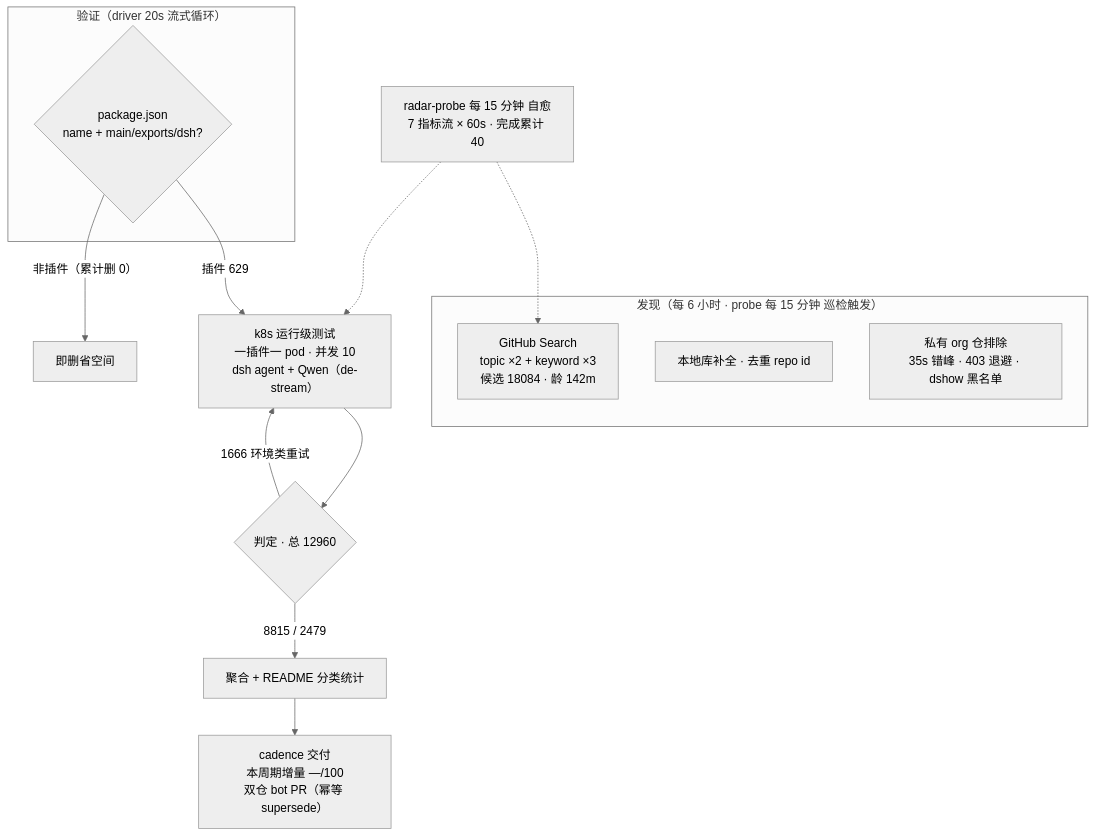
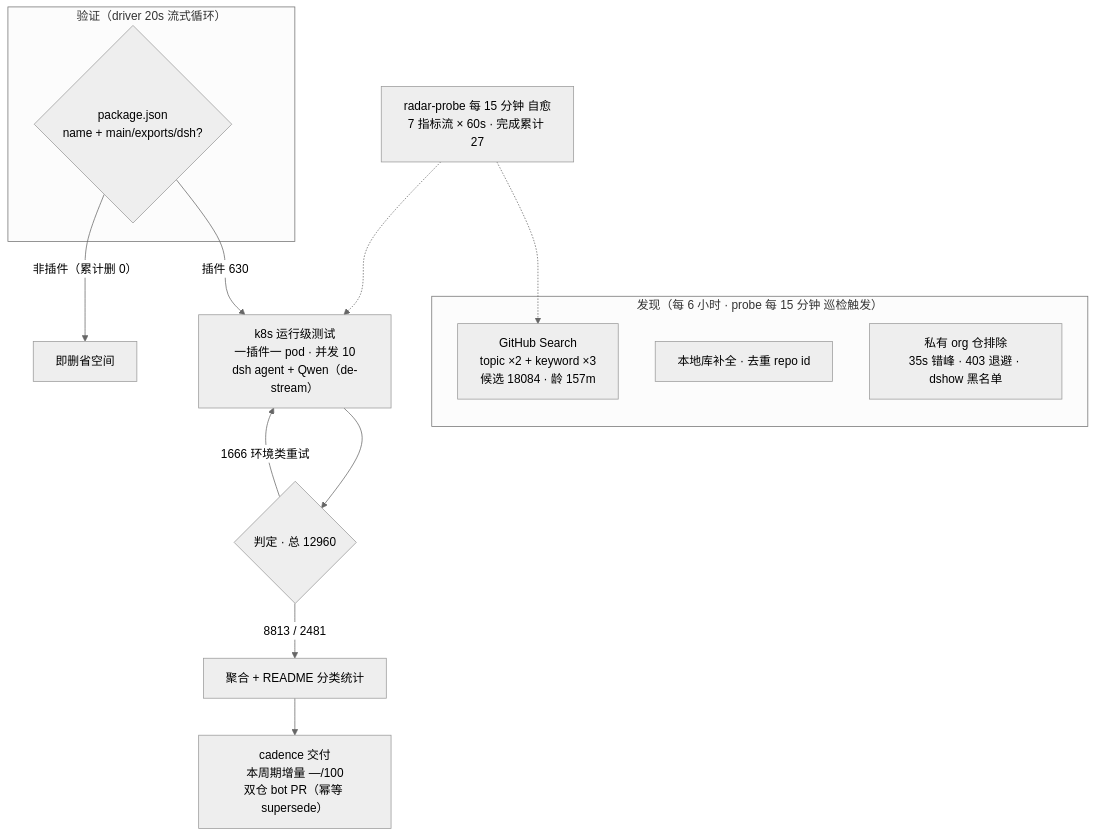
One commit to AdamPlatin123/awesome-dsh-plugins changed the diagram in README.md. Above: the diagram before and after it, drawn with Mermaid (neutral theme). The commit also changed other lines of this file and 5 other files, not shown here.

````diff
--- a/README.md
+++ b/README.md
@@ -52,20 +52,20 @@
 ```mermaid
 flowchart TB
     subgraph Discovery["发现（每 6 小时 · probe 每 15 分钟 巡检触发）"]
-        A1["GitHub Search<br/>topic ×2 + keyword ×3<br/>候选 18084 · 龄 142m"]
+        A1["GitHub Search<br/>topic ×2 + keyword ×3<br/>候选 18084 · 龄 157m"]
         A2["本地库补全 · 去重 repo id"]
         A3["私有 org 仓排除<br/>35s 错峰 · 403 退避 · dshow 黑名单"]
     end
     subgraph Validation["验证（driver 20s 流式循环）"]
         B1{"package.json<br/>name + main/exports/dsh?"}
     end
-    B1 -->|"插件 629"| C1["k8s 运行级测试<br/>一插件一 pod · 并发 10<br/>dsh agent + Qwen（de-stream）"]
+    B1 -->|"插件 630"| C1["k8s 运行级测试<br/>一插件一 pod · 并发 10<br/>dsh agent + Qwen（de-stream）"]
     B1 -->|"非插件（累计删 0）"| B3["即删省空间"]
     C1 --> D1{"判定 · 总 12960"}
-    D1 -->|"8815 / 2479"| E1["聚合 + README 分类统计"]
+    D1 -->|"8813 / 2481"| E1["聚合 + README 分类统计"]
     D1 -->|"1666 环境类重试"| C1
     E1 --> E2["cadence 交付<br/>本周期增量 —/100<br/>双仓 bot PR（幂等 supersede）"]
-    M["radar-probe 每 15 分钟 自愈<br/>7 指标流 × 60s · 完成累计 40"]
+    M["radar-probe 每 15 分钟 自愈<br/>7 指标流 × 60s · 完成累计 27"]
     M -.-> A1
     M -.-> C1
 ```
````
